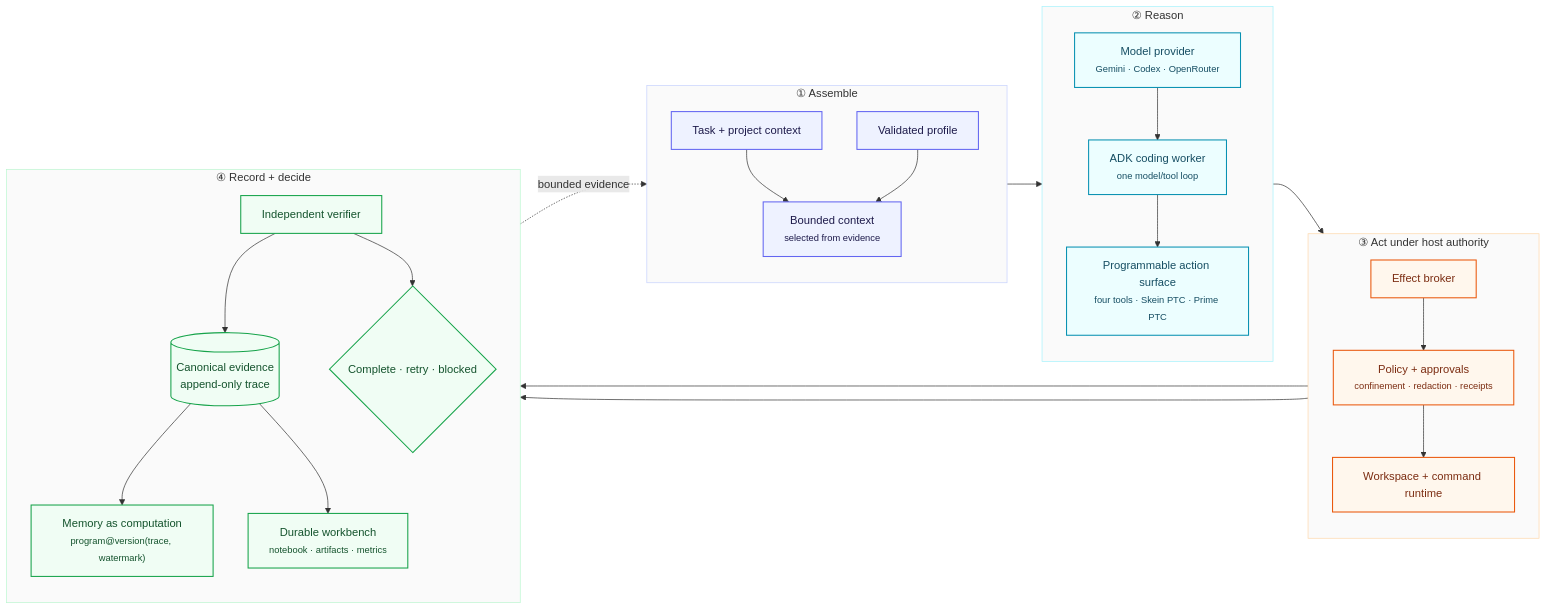
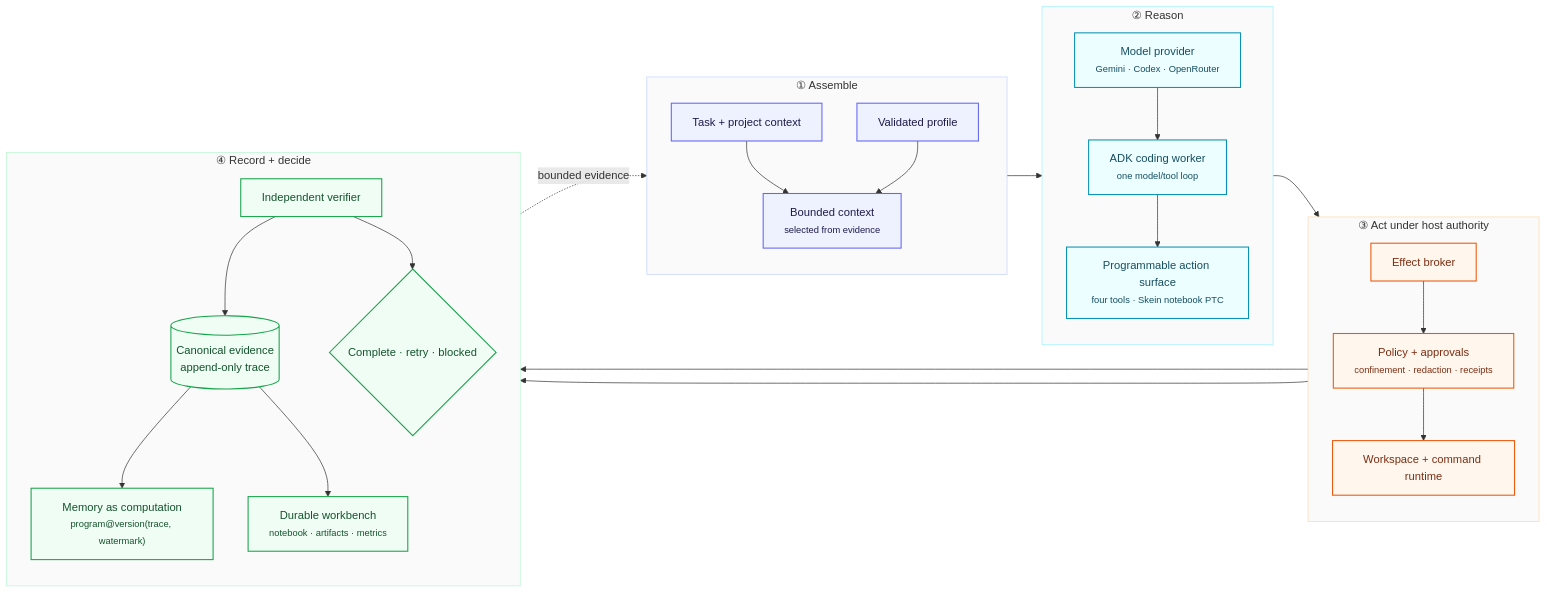
Before and after one commit to lmathia2/skein: the diagram in docs/architecture.md, drawn with Mermaid. The commit also changed other lines of this file and 85 other files, not shown here.

````diff
--- a/docs/architecture.md
+++ b/docs/architecture.md
@@ -19,62 +19,62 @@
 ```mermaid
 flowchart LR
     subgraph INPUT["① Assemble"]
         direction TB
         TASK["Task + project context"]
         CFG["Validated profile"]
         CTX["Bounded context<br/><small>selected from evidence</small>"]
         TASK --> CTX
         CFG --> CTX
     end
 
     subgraph CORE["② Reason"]
         direction TB
         MODEL["Model provider<br/><small>Gemini · Codex · OpenRouter</small>"]
         WORKER["ADK coding worker<br/><small>one model/tool loop</small>"]
-        MODE["Programmable action surface<br/><small>four tools · Skein PTC · Prime PTC</small>"]
+        MODE["Programmable action surface<br/><small>four tools · Skein notebook PTC</small>"]
         MODEL --> WORKER
         WORKER --> MODE
     end
 
     subgraph CONTROL["③ Act under host authority"]
         direction TB
         BROKER["Effect broker"]
         POLICY["Policy + approvals<br/><small>confinement · redaction · receipts</small>"]
         RUNTIME["Workspace + command runtime"]
         MODE --> BROKER
         BROKER --> POLICY
         POLICY --> RUNTIME
     end
 
     subgraph EVIDENCE["④ Record + decide"]
         direction TB
         TRACE[("Canonical evidence<br/>append-only trace")]
         MEMORY["Memory as computation<br/><small>program@version(trace, watermark)</small>"]
         VIEWS["Durable workbench<br/><small>notebook · artifacts · metrics</small>"]
         VERIFY["Independent verifier"]
         RESULT{"Complete · retry · blocked"}
         TRACE --> MEMORY
         TRACE --> VIEWS
         RUNTIME --> VERIFY
         VERIFY --> RESULT
         VERIFY --> TRACE
     end
 
     CTX --> WORKER
     BROKER --> TRACE
     MEMORY -. "bounded evidence" .-> CTX
 
     classDef input fill:#eef2ff,stroke:#6366f1,color:#1e1b4b,stroke-width:1.5px;
     classDef core fill:#ecfeff,stroke:#0891b2,color:#164e63,stroke-width:1.5px;
     classDef control fill:#fff7ed,stroke:#ea580c,color:#7c2d12,stroke-width:1.5px;
     classDef evidence fill:#f0fdf4,stroke:#16a34a,color:#14532d,stroke-width:1.5px;
     class TASK,CFG,CTX input;
     class MODEL,WORKER,MODE core;
     class BROKER,POLICY,RUNTIME control;
     class TRACE,MEMORY,VIEWS,VERIFY,RESULT evidence;
 
     style INPUT fill:#fafafa,stroke:#c7d2fe,stroke-width:1px
     style CORE fill:#fafafa,stroke:#a5f3fc,stroke-width:1px
     style CONTROL fill:#fafafa,stroke:#fed7aa,stroke-width:1px
     style EVIDENCE fill:#fafafa,stroke:#bbf7d0,stroke-width:1px
 ```
````
